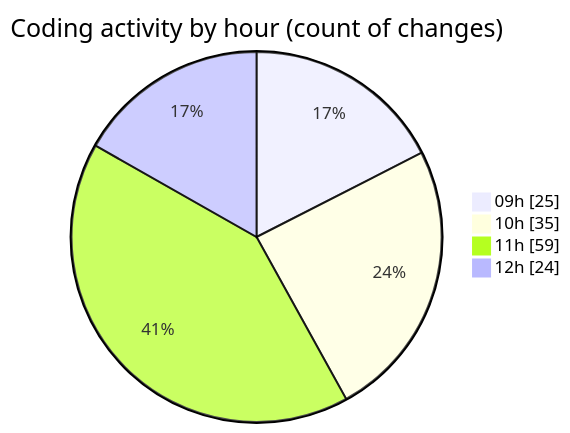
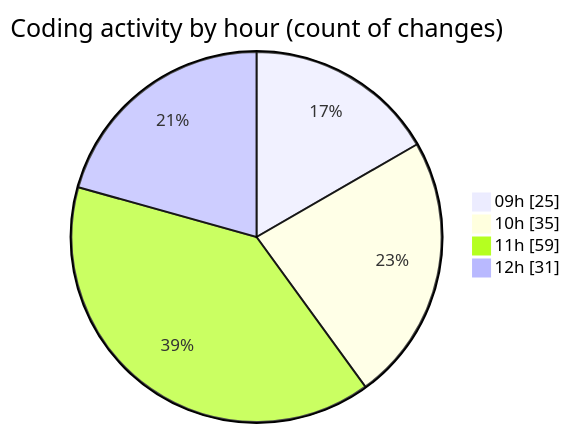
The second of 2 diagrams in 2025-08-22/cda/README.md (momahboobian/code-tracking), drawn with Mermaid before and after one commit. The commit also changed other lines of this file and 1 other file, not shown here.

````diff
--- a/2025-08-22/cda/README.md
+++ b/2025-08-22/cda/README.md
@@ -49,8 +50,8 @@
 ```mermaid
 pie showData
 title Coding activity by hour (count of changes)
 "09h" : 25
 "10h" : 35
 "11h" : 59
-"12h" : 24
+"12h" : 31
 ```
````
